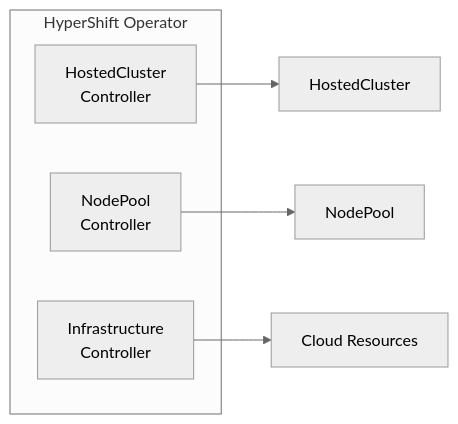
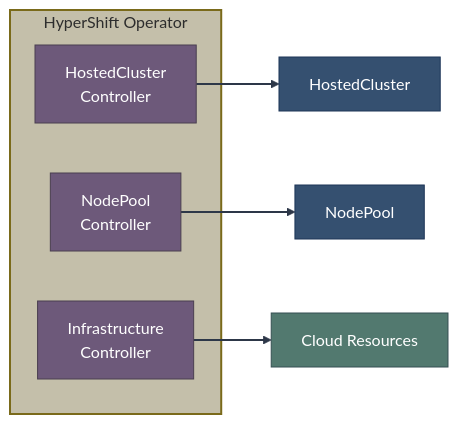
One commit to zszabo-rh/openshift-install-guide changed the second of 4 diagrams in 05-hosted-control-planes/hcp-overview.md. Above: the diagram before and after it, drawn with Mermaid (neutral theme). The commit also changed other lines of this file and 16 other files, not shown here.

Commit message:
improved diagram style

````diff
--- a/05-hosted-control-planes/hcp-overview.md
+++ b/05-hosted-control-planes/hcp-overview.md
@@ -93,12 +113,23 @@
 ```mermaid
 graph LR
-    subgraph "HyperShift Operator"
+    subgraph hypershift["HyperShift Operator"]
         HC_CTRL[HostedCluster<br/>Controller]
         NP_CTRL[NodePool<br/>Controller]
         INFRA_CTRL[Infrastructure<br/>Controller]
     end
     
     HC_CTRL --> HC[HostedCluster]
     NP_CTRL --> NP[NodePool]
     INFRA_CTRL --> CLOUD[Cloud Resources]
+    
+    style HC_CTRL fill:#6d597a,stroke:#4a3f50,color:#fff
+    style NP_CTRL fill:#6d597a,stroke:#4a3f50,color:#fff
+    style INFRA_CTRL fill:#6d597a,stroke:#4a3f50,color:#fff
+    style HC fill:#355070,stroke:#1d3557,color:#fff
+    style NP fill:#355070,stroke:#1d3557,color:#fff
+    style CLOUD fill:#52796f,stroke:#354f52,color:#fff
+    
+    style hypershift fill:#c4bfaa,stroke:#7a6a1a,stroke-width:2px,color:#2d2d2d
+    
+    linkStyle default stroke:#2d3748,stroke-width:2px
 ```
````
